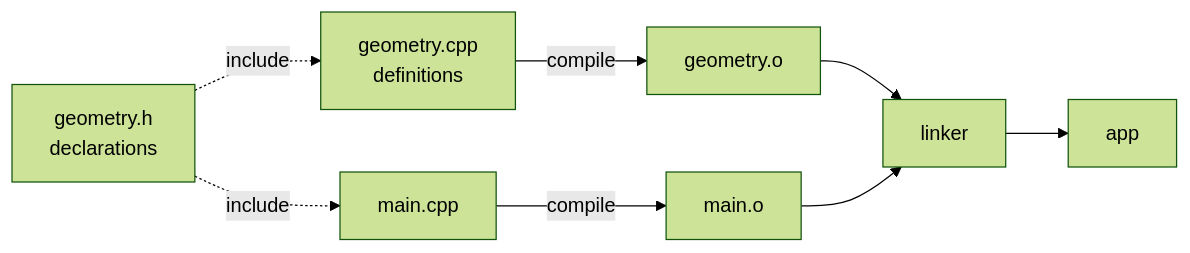
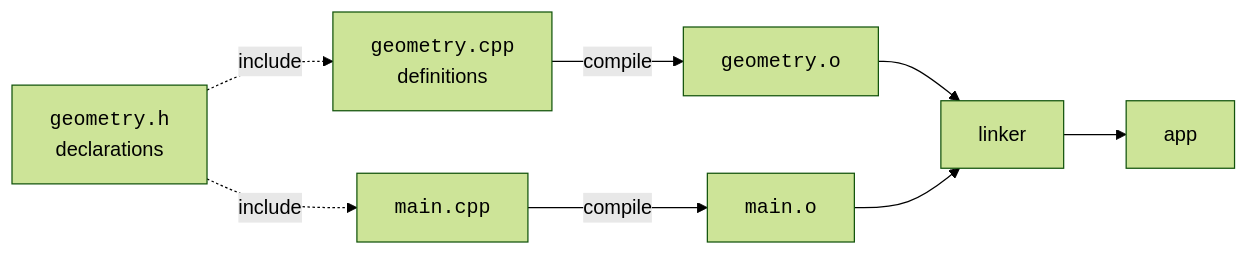
The diagram in content/learn/from-zero-to-cpp/building-maintainable-software.mdx (dataslope/dataslope), drawn with Mermaid (forest theme) before and after one commit. The commit also changed 218 other files, not shown here.

First line of the commit message:
Render code-only mermaid shapes in monospace; convert step sequences to Steps (#467)

````diff
--- a/content/learn/from-zero-to-cpp/building-maintainable-software.mdx
+++ b/content/learn/from-zero-to-cpp/building-maintainable-software.mdx
@@ -50,12 +50,12 @@
 ```mermaid
 flowchart LR
-    H1[geometry.h<br/>declarations]
-    C1[geometry.cpp<br/>definitions]
-    M[main.cpp]
+    H1["<code>geometry.h</code><br/>declarations"]
+    C1["<code>geometry.cpp</code><br/>definitions"]
+    M["<code>main.cpp</code>"]
     H1 -. include .-> M
     H1 -. include .-> C1
-    C1 -- compile --> O1[geometry.o]
-    M  -- compile --> OM[main.o]
+    C1 -- compile --> O1["<code>geometry.o</code>"]
+    M  -- compile --> OM["<code>main.o</code>"]
     O1 --> L[linker] --> APP[app]
     OM --> L
 ```
````
